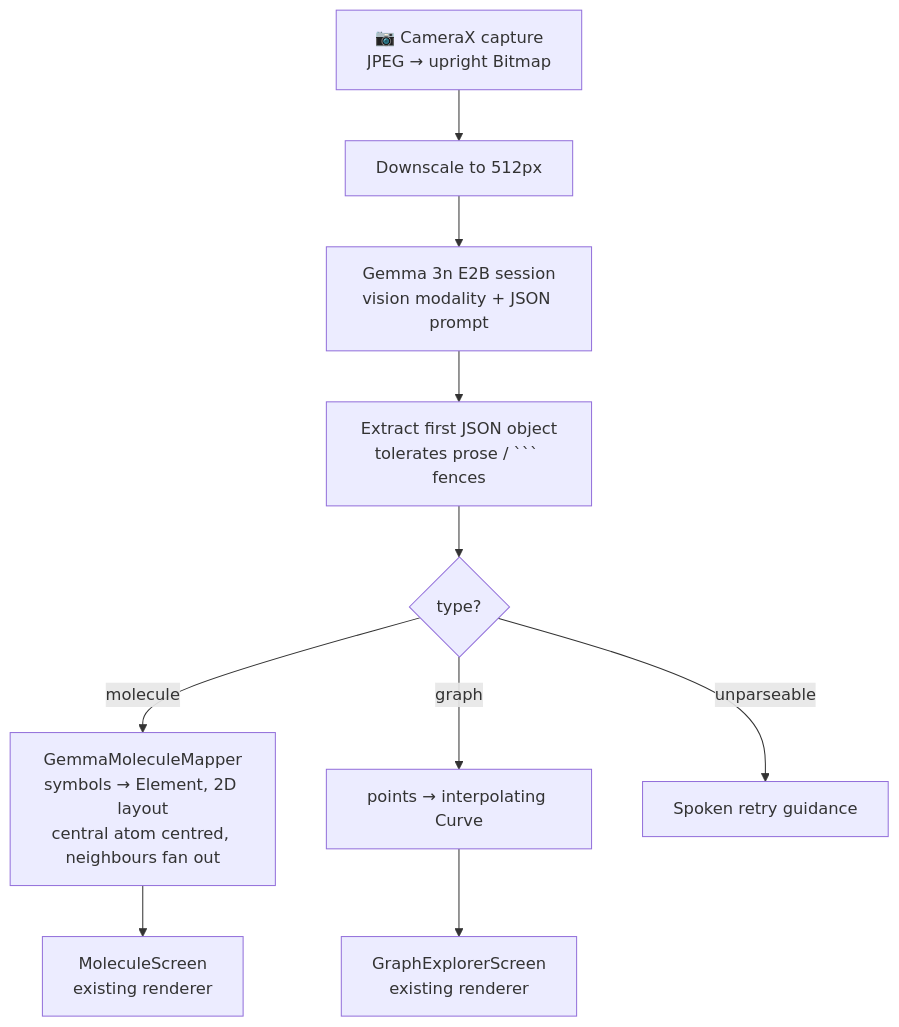
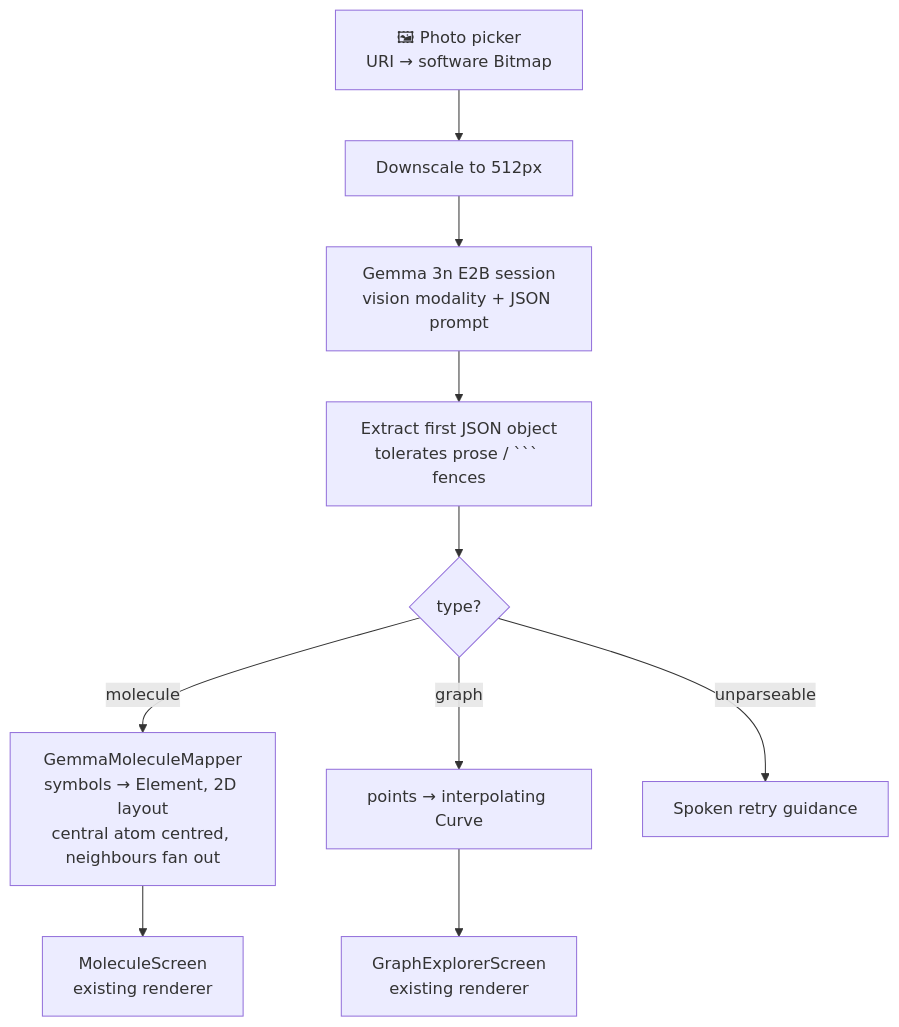
Before and after one commit to SHYAMSUNDAR2396/DrishtiSTEM: the sixth of 6 diagrams in README.md, drawn with Mermaid. The commit also changed other lines of this file and 8 other files, not shown here.

First line of the commit message:
Replace camera capture with photo-picker image upload

````diff
--- a/README.md
+++ b/README.md
@@ -154,12 +155,12 @@
 ```mermaid
 flowchart TD
-    CAP[📷 CameraX capture<br/>JPEG → upright Bitmap] --> DS[Downscale to 512px]
+    CAP[🖼 Photo picker<br/>URI → software Bitmap] --> DS[Downscale to 512px]
     DS --> GEMMA[Gemma 3n E2B session<br/>vision modality + JSON prompt]
     GEMMA --> JSON[Extract first JSON object<br/>tolerates prose / ``` fences]
     JSON --> TYPE{type?}
     TYPE -- molecule --> MOL[GemmaMoleculeMapper<br/>symbols → Element, 2D layout<br/>central atom centred, neighbours fan out]
     TYPE -- graph --> GR[points → interpolating Curve]
     TYPE -- unparseable --> RETRY[Spoken retry guidance]
     MOL --> MS[MoleculeScreen<br/>existing renderer]
     GR --> GE[GraphExplorerScreen<br/>existing renderer]
 ```
````
